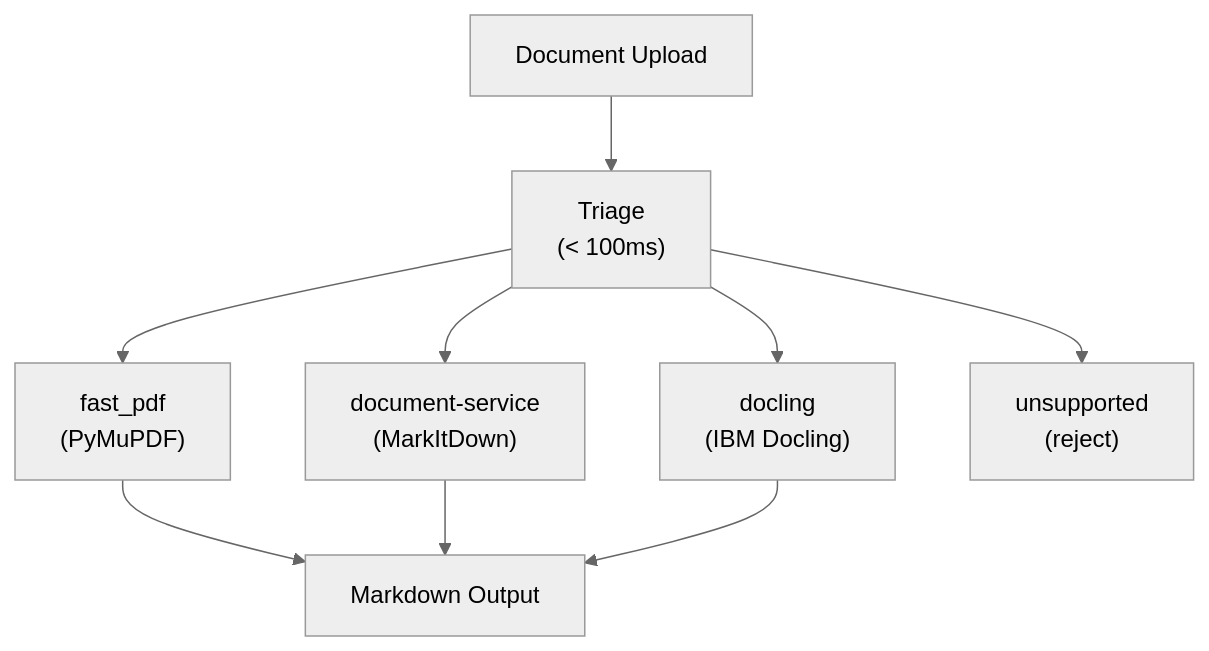
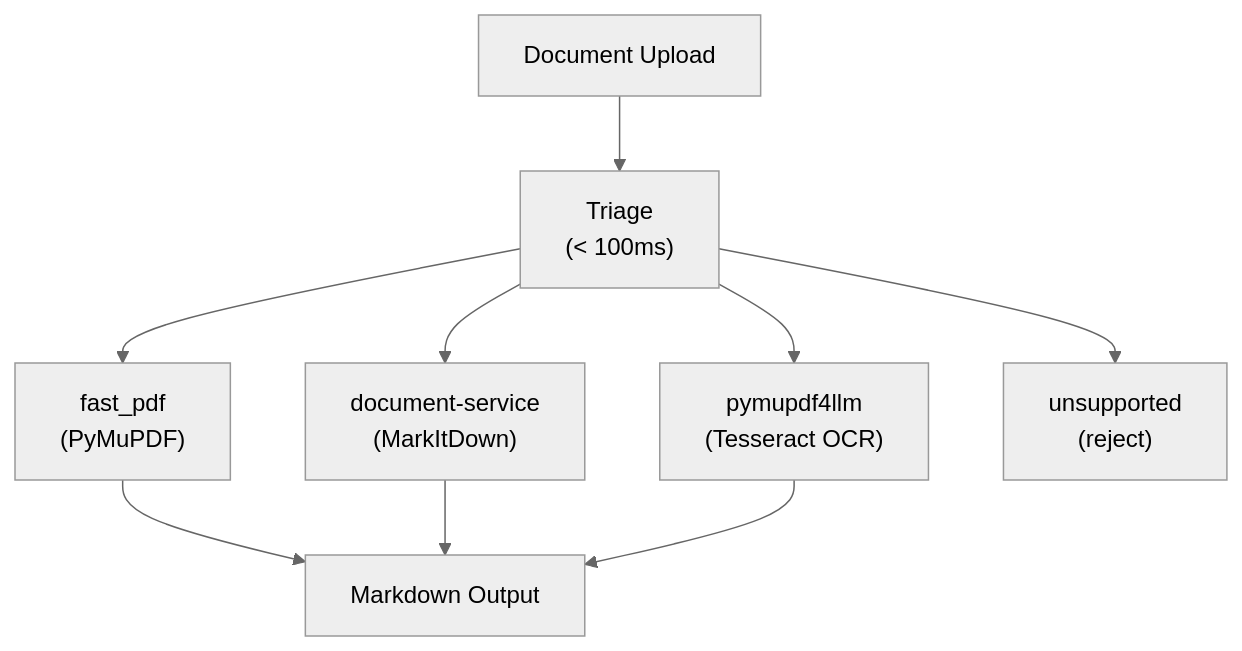
The diagram in docs/EXTRACTION_SERVICES.md (Amivero-LLC/curatore-localdev), drawn with Mermaid (neutral theme) before and after one commit. The commit also changed other lines of this file and 11 other files, not shown here.

First line of the commit message:
Replace Docling with pymupdf4llm, simplify to 2 workers

````diff
--- a/docs/EXTRACTION_SERVICES.md
+++ b/docs/EXTRACTION_SERVICES.md
@@ -9,11 +9,11 @@
 ```mermaid
 flowchart TD
     Upload["Document Upload"] --> Triage["Triage\n(< 100ms)"]
     Triage --> FastPDF["fast_pdf\n(PyMuPDF)"]
     Triage --> DocSvc["document-service\n(MarkItDown)"]
-    Triage --> Docling["docling\n(IBM Docling)"]
+    Triage --> PyMuPDF4LLM["pymupdf4llm\n(Tesseract OCR)"]
     Triage --> Unsupported["unsupported\n(reject)"]
     FastPDF --> Output["Markdown Output"]
     DocSvc --> Output
-    Docling --> Output
+    PyMuPDF4LLM --> Output
 ```
````
